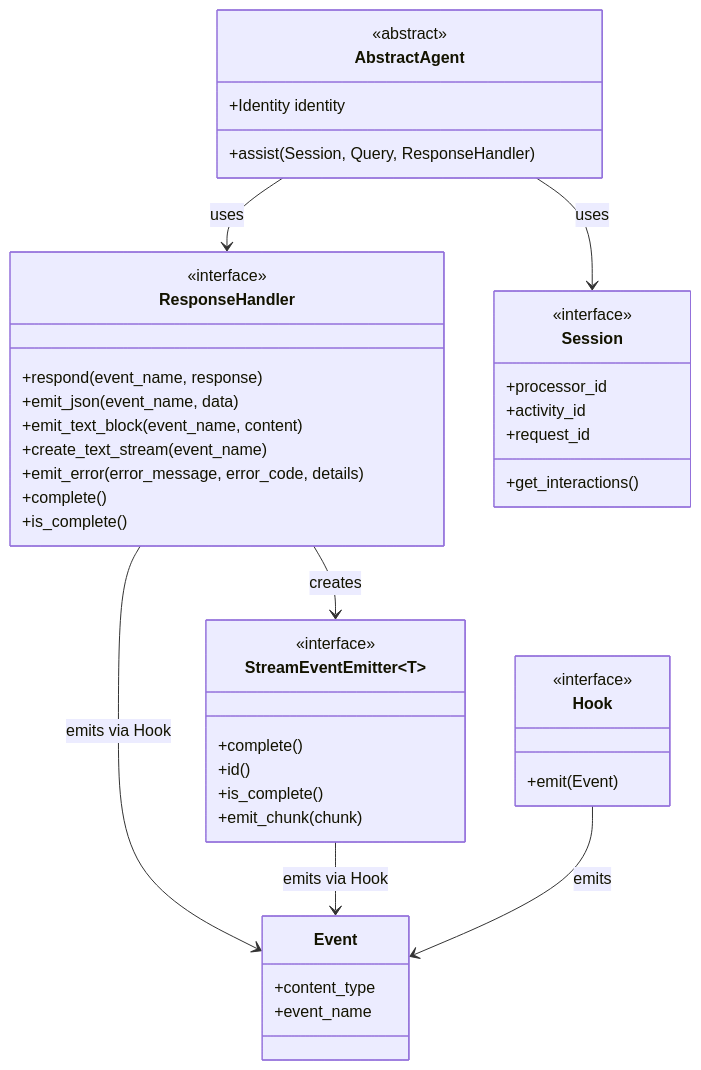
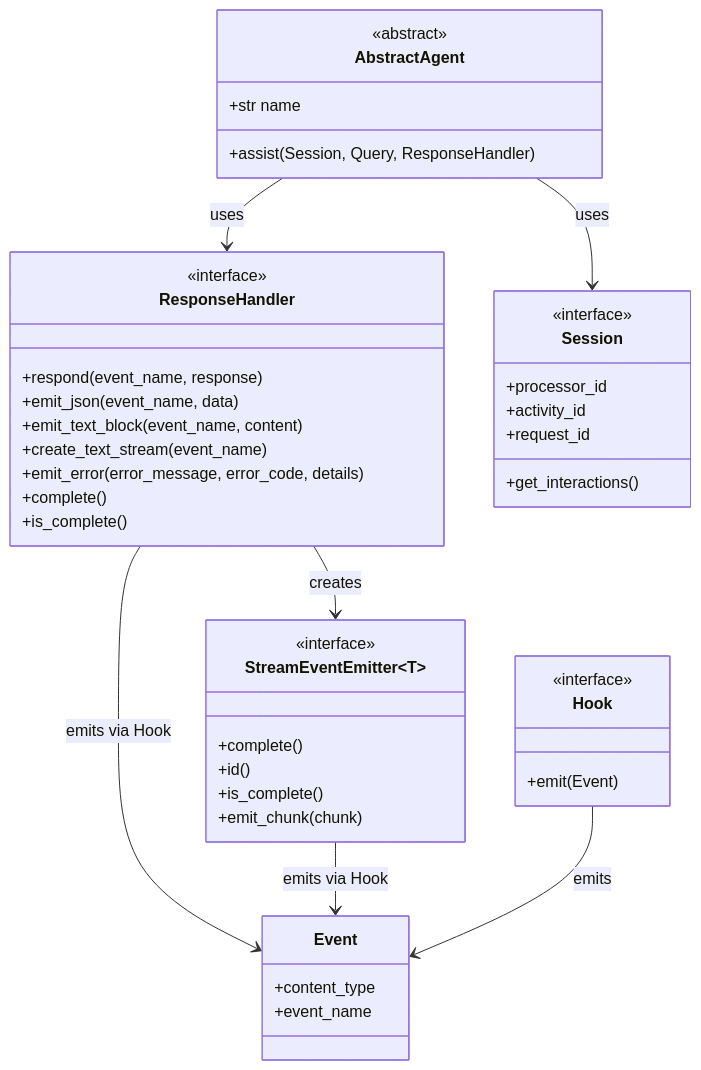
The first of 3 diagrams in src/sentient_agent_framework/interface/README.md (sentient-agi/Sentient-Agent-Framework), drawn with Mermaid before and after one commit. The commit also changed 1 other file, not shown here.

Commit message:
Update readme to reflect changes to abstractagent
- AbstractAgent takes in name (string) not identity (Identity)

````diff
--- a/src/sentient_agent_framework/interface/README.md
+++ b/src/sentient_agent_framework/interface/README.md
@@ -5,52 +5,52 @@
 ```mermaid
 classDiagram
     class AbstractAgent {
         <<abstract>>
-        +Identity identity
+        +str name
         +assist(Session, Query, ResponseHandler)
     }
     
     class ResponseHandler {
         <<interface>>
         +respond(event_name, response)
         +emit_json(event_name, data)
         +emit_text_block(event_name, content)
         +create_text_stream(event_name)
         +emit_error(error_message, error_code, details)
         +complete()
         +is_complete()
     }
     
     class StreamEventEmitter~T~ {
         <<interface>>
         +complete()
         +id()
         +is_complete()
         +emit_chunk(chunk)
     }
     
     class Session {
         <<interface>>
         +processor_id
         +activity_id
         +request_id
         +get_interactions()
     }
     
     class Hook {
         <<interface>>
         +emit(Event)
     }
     
     class Event {
         +content_type
         +event_name
     }
     
     AbstractAgent --> ResponseHandler : uses
     AbstractAgent --> Session : uses
     ResponseHandler --> StreamEventEmitter : creates
     ResponseHandler --> Event : emits via Hook
     StreamEventEmitter --> Event : emits via Hook
     Hook --> Event : emits
 ```
````
